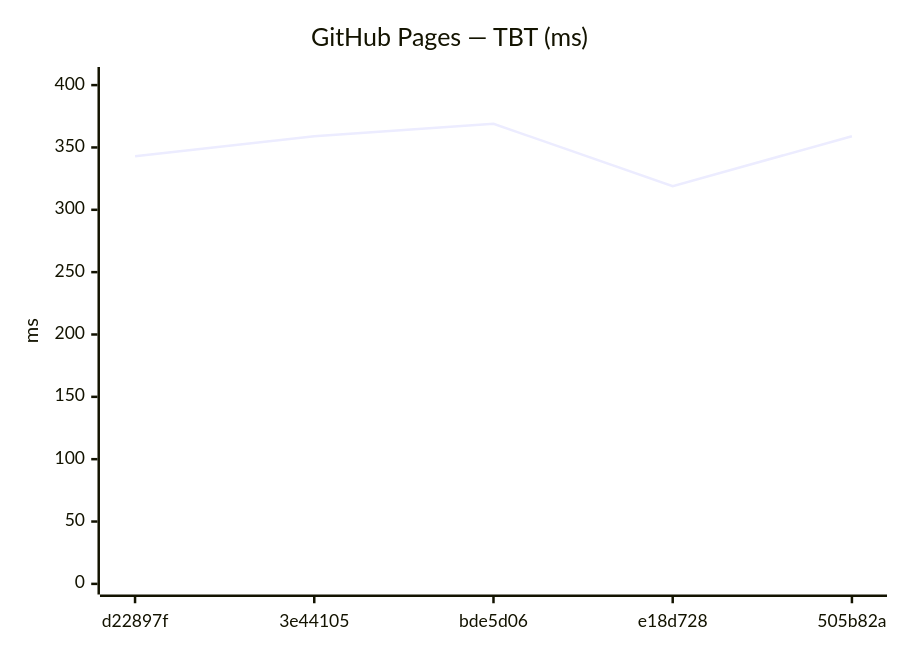
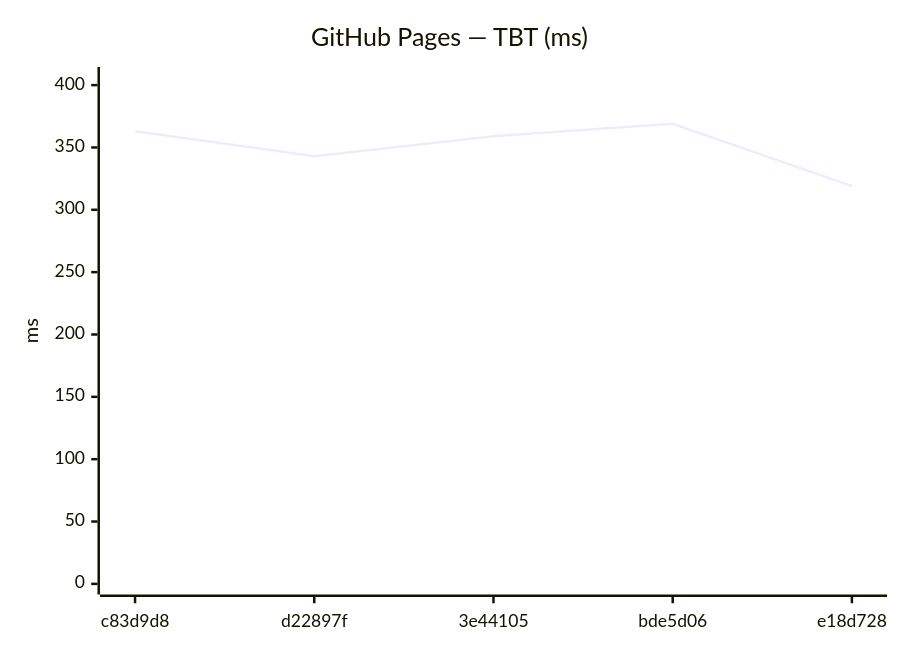
Before and after one commit to Metaheurist/Rianell: the tenth of 18 diagrams in benchmarks/compare.md, drawn with Mermaid. The commit also changed other lines of this file and 11 other files, not shown here.

````diff
--- a/benchmarks/compare.md
+++ b/benchmarks/compare.md
@@ -149,7 +149,7 @@
 ```mermaid
 xychart-beta
     title "GitHub Pages — TBT (ms)"
-    x-axis ["d22897f", "3e44105", "bde5d06", "e18d728", "505b82a"]
+    x-axis ["c83d9d8", "d22897f", "3e44105", "bde5d06", "e18d728"]
     y-axis "ms" 0 --> 406
-    line [343, 359, 369, 319, 359]
+    line [363, 343, 359, 369, 319]
 ```
````
